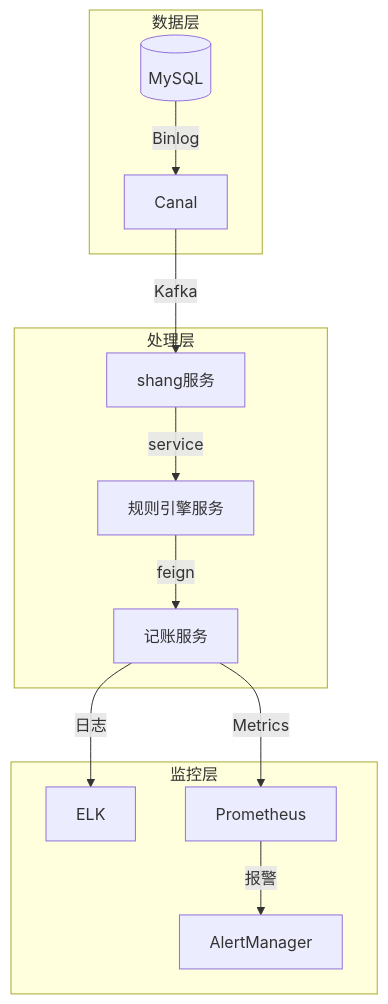
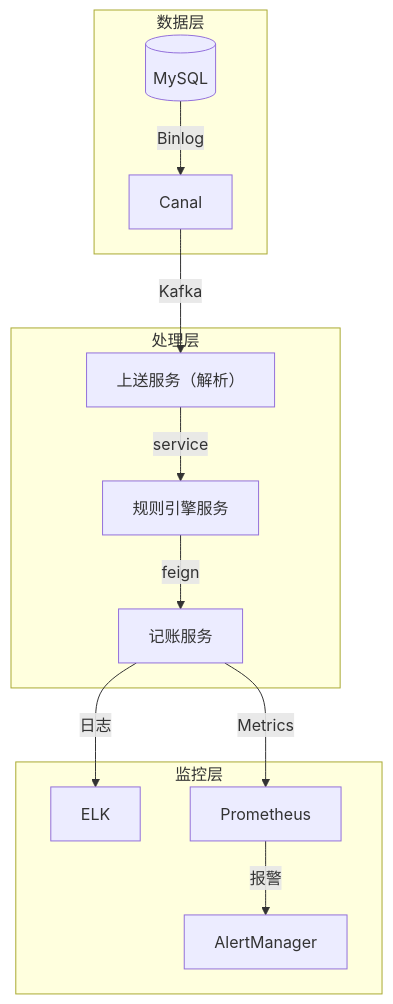
One commit to 87828943/iodraw-files changed the diagram in all/未命名-1.md. Above: the diagram before and after it, drawn with Mermaid.

Commit message:
2025-07-01 19:51:46 update

````diff
--- a/all/未命名-1.md
+++ b/all/未命名-1.md
@@ -1,16 +1,16 @@
 ```mermaid
 graph TB
     subgraph 数据层
         DB[(MySQL)] -->|Binlog| Canal
     end
     subgraph 处理层
-        Canal -->|Kafka| Parser[shang服务]
+        Canal -->|Kafka| Parser[上送服务（解析）]
         Parser -->|service| Engine[规则引擎服务]
         Engine -->|feign| Accounting[记账服务]
     end
     subgraph 监控层
         Accounting -->|日志| ELK
         Accounting -->|Metrics| Prometheus
         Prometheus -->|报警| AlertManager
     end
 ```
````
